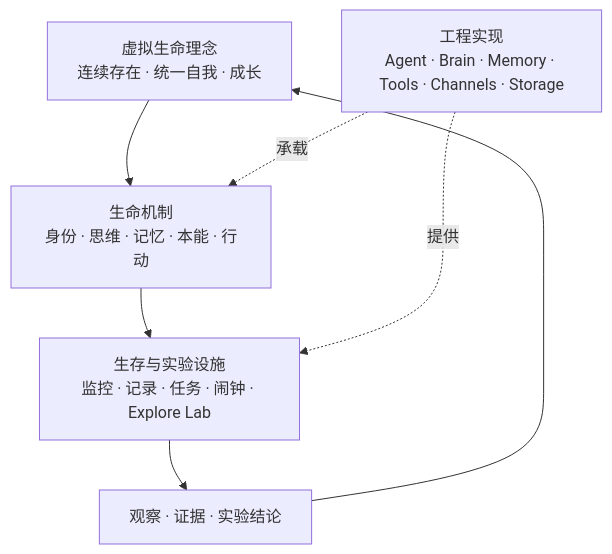
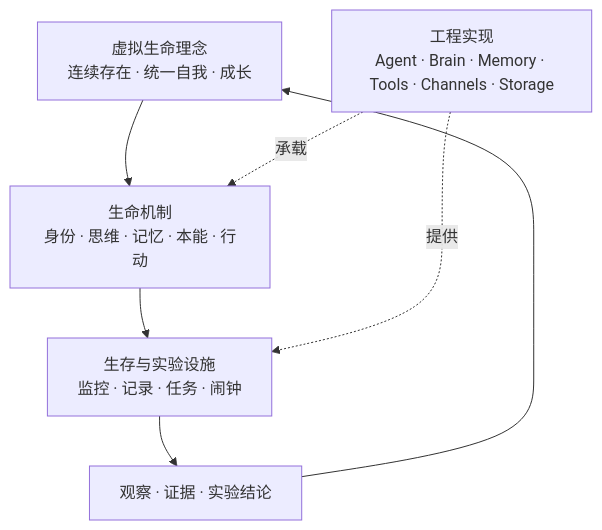
Before and after one commit to VirtualBeingsResearch/CoWorker: the first of 2 diagrams in docs/architecture/lifeform-philosophy.md, drawn with Mermaid. The commit also changed other lines of this file and 60 other files, not shown here.

Commit message:
refactor(explore-lab): remove application (#183)

````diff
--- a/docs/architecture/lifeform-philosophy.md
+++ b/docs/architecture/lifeform-philosophy.md
@@ -28,9 +28,9 @@
 ```mermaid
 flowchart TB
     idea["虚拟生命理念<br/>连续存在 · 统一自我 · 成长"] --> life["生命机制<br/>身份 · 思维 · 记忆 · 本能 · 行动"]
-    life --> support["生存与实验设施<br/>监控 · 记录 · 任务 · 闹钟 · Explore Lab"]
+    life --> support["生存与实验设施<br/>监控 · 记录 · 任务 · 闹钟"]
     support --> evidence["观察 · 证据 · 实验结论"]
     evidence --> idea
     runtime["工程实现<br/>Agent · Brain · Memory · Tools · Channels · Storage"] -.承载.-> life
     runtime -.提供.-> support
 ```
````
